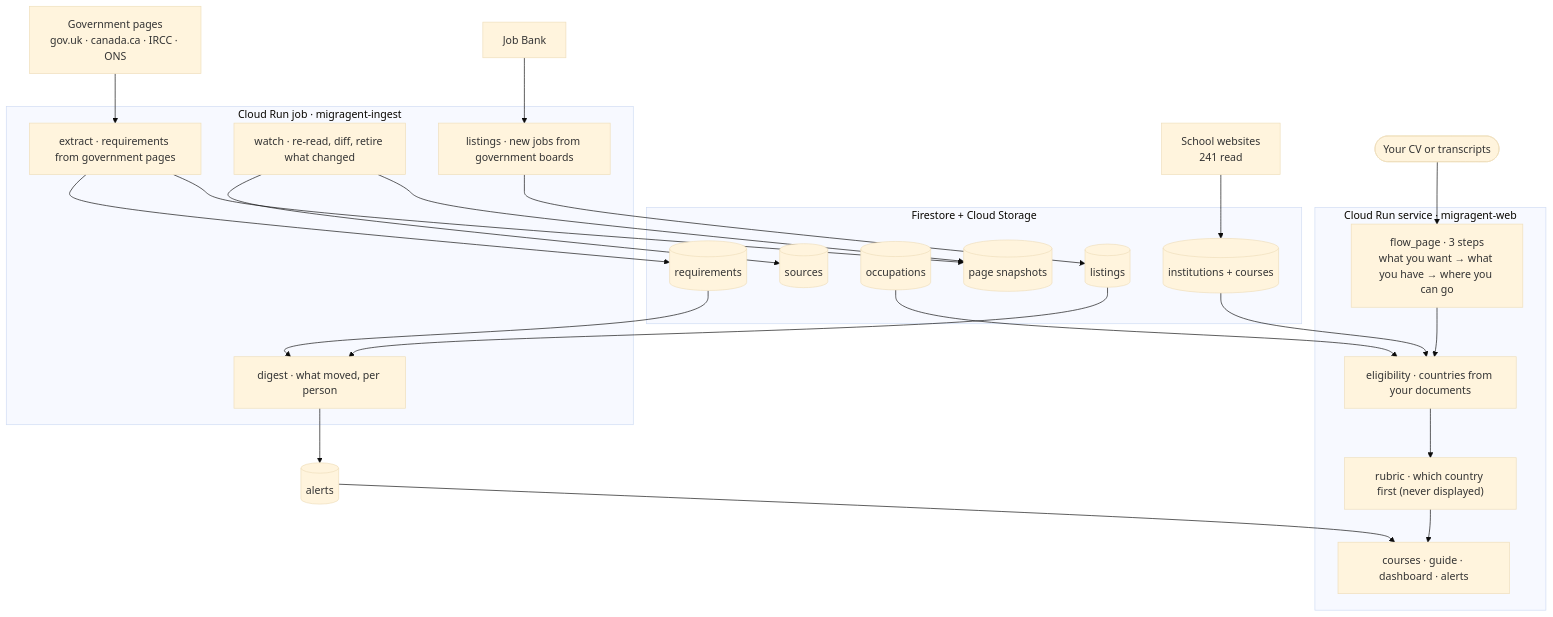
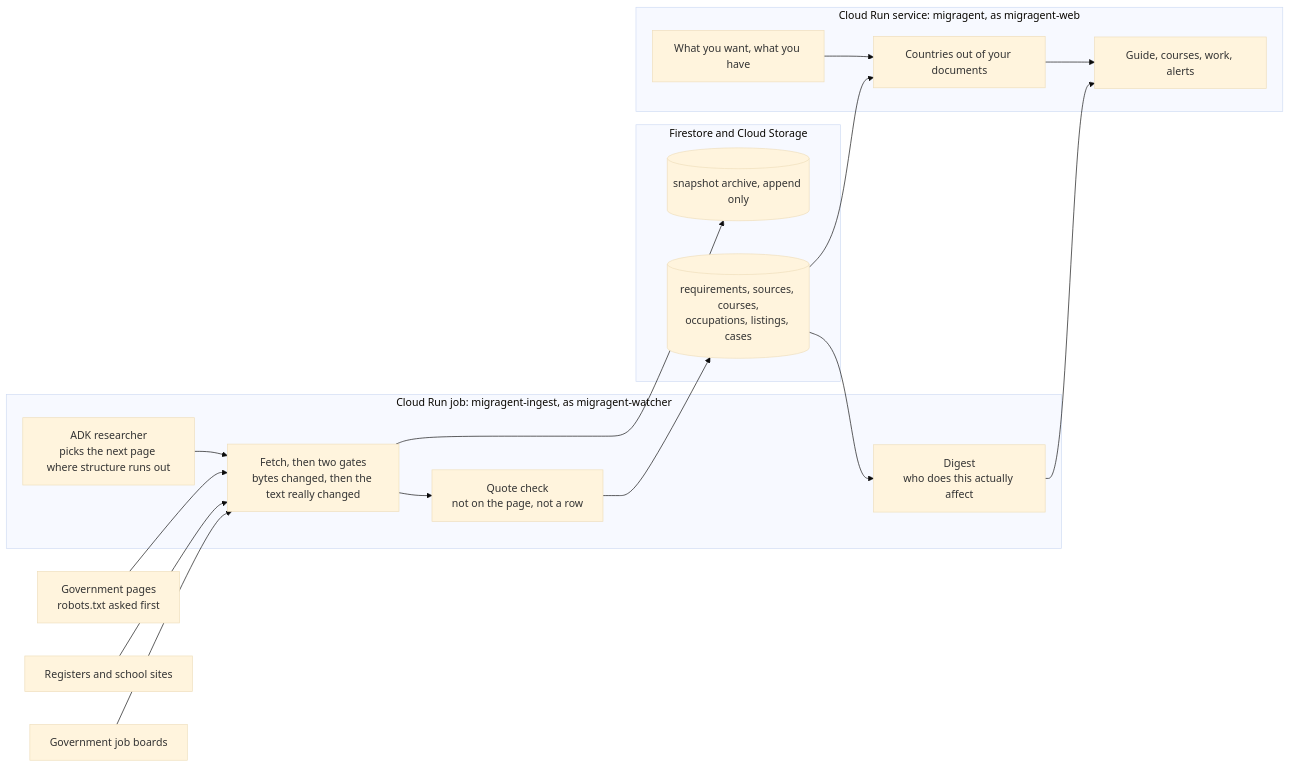
Before and after one commit to cnpierrepapi/migragent: the diagram in README.md, drawn with Mermaid (base theme). The commit also changed other lines of this file and 8 other files, not shown here.

````diff
--- a/README.md
+++ b/README.md
@@ -78,45 +74,34 @@
 ```mermaid
-flowchart TB
-    subgraph web["Cloud Run service · migragent-web"]
-        FLOW["flow_page · 3 steps<br/>what you want → what you have → where you can go"]
-        ELIG["eligibility · countries from your documents"]
-        RUB["rubric · which country first (never displayed)"]
-        PAGES["courses · guide · dashboard · alerts"]
+flowchart LR
+    GOV["Government pages<br/>robots.txt asked first"]
+    REG["Registers and school sites"]
+    BOARD["Government job boards"]
+
+    subgraph job["Cloud Run job: migragent-ingest, as migragent-watcher"]
+        AGENT["ADK researcher<br/>picks the next page where structure runs out"]
+        FETCH["Fetch, then two gates<br/>bytes changed, then the text really changed"]
+        QUOTE["Quote check<br/>not on the page, not a row"]
+        DIGEST["Digest<br/>who does this actually affect"]
     end
 
-    subgraph job["Cloud Run job · migragent-ingest"]
-        EXTRACT["extract · requirements from government pages"]
-        WATCH["watch · re-read, diff, retire what changed"]
-        LIST["listings · new jobs from government boards"]
-        DIGEST["digest · what moved, per person"]
+    subgraph store["Firestore and Cloud Storage"]
+        ROWS[(requirements, sources, courses,<br/>occupations, listings, cases)]
+        SNAP[(snapshot archive, append only)]
     end
 
-    subgraph data["Firestore + Cloud Storage"]
-        REQ[(requirements)]
-        SRC[(sources)]
-        OCC[(occupations)]
-        INST[(institutions + courses)]
-        JOBS[(listings)]
-        SNAP[(page snapshots)]
+    subgraph web["Cloud Run service: migragent, as migragent-web"]
+        FLOW["What you want, what you have"]
+        ELIG["Countries out of your documents"]
+        OUT["Guide, courses, work, alerts"]
     end
 
-    GOV["Government pages<br/>gov.uk · canada.ca · IRCC · ONS"] --> EXTRACT
-    SCHOOL["School websites<br/>241 read"] --> INST
-    BOARD["Job Bank"] --> LIST
-
-    EXTRACT --> REQ
-    EXTRACT --> SNAP
-    WATCH --> SRC
-    WATCH --> SNAP
-    LIST --> JOBS
-    REQ --> DIGEST
-    JOBS --> DIGEST
-    DIGEST --> ALERTS[(alerts)]
-
-    YOU(["Your CV or transcripts"]) --> FLOW
-    FLOW --> ELIG
-    OCC --> ELIG
-    INST --> ELIG
-    ELIG --> RUB --> PAGES
-    ALERTS --> PAGES
+    GOV --> FETCH
+    REG --> FETCH
+    BOARD --> FETCH
+    AGENT --> FETCH --> QUOTE --> ROWS
+    FETCH --> SNAP
+    ROWS --> DIGEST
+    ROWS --> ELIG
+    FLOW --> ELIG --> OUT
+    DIGEST --> OUT
 ```
````
